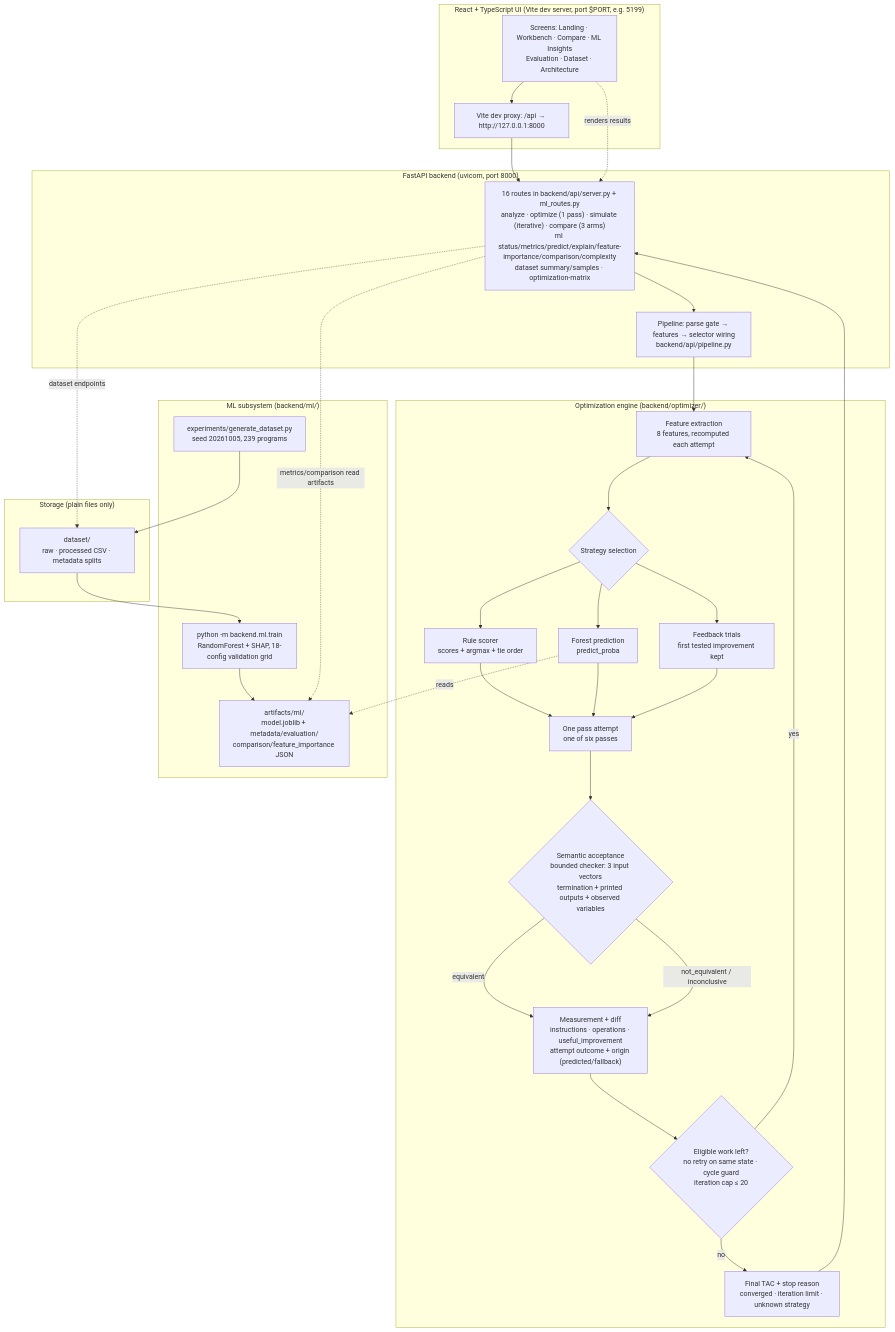
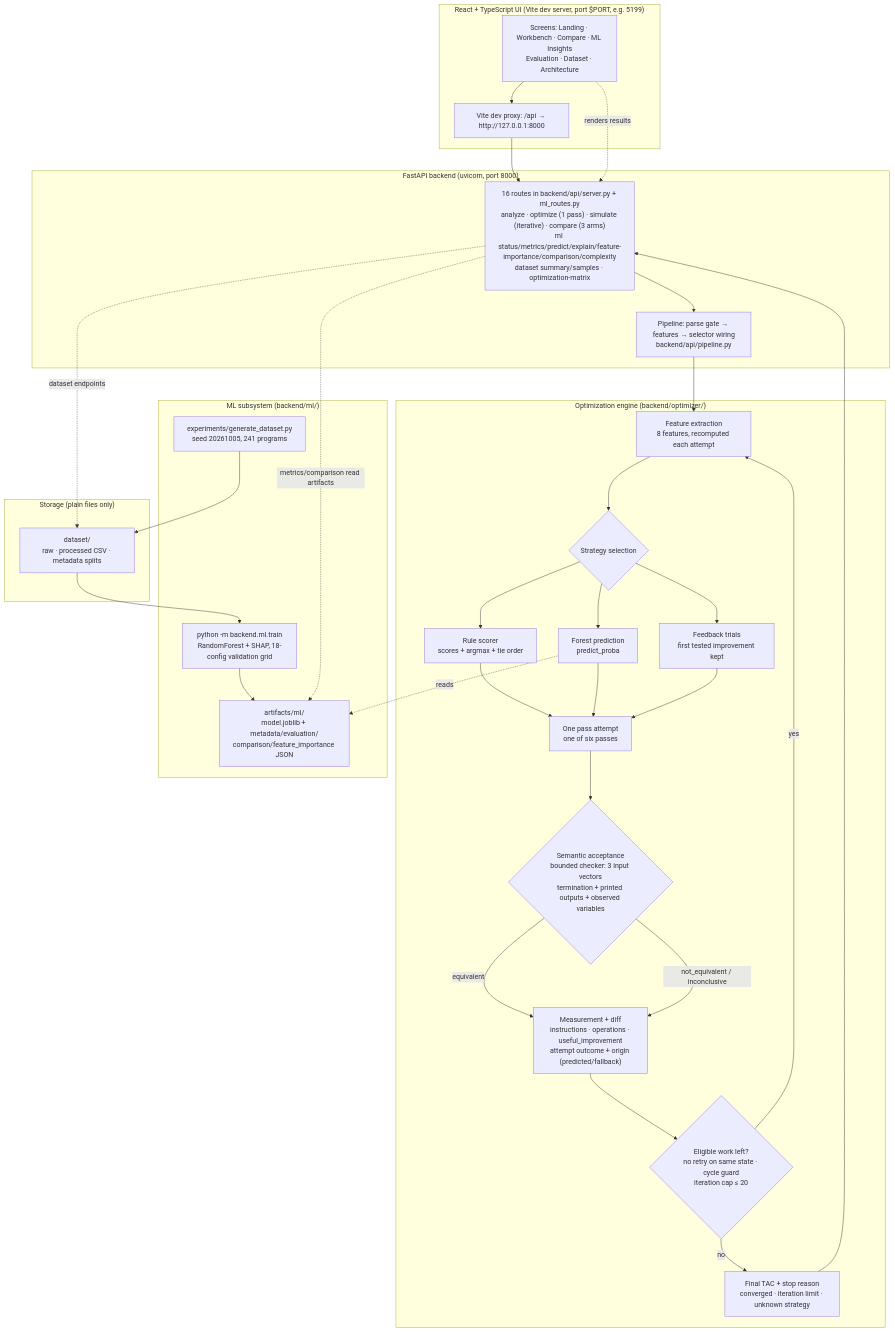
One commit to yush08/Compiler_Intelligence_System changed the diagram in README.md. Above: the diagram before and after it, drawn with Mermaid. The commit also changed other lines of this file, not shown here.

````diff
--- a/README.md
+++ b/README.md
@@ -286,61 +286,61 @@
 ```mermaid
 flowchart TD
     subgraph FRONTEND["React + TypeScript UI (Vite dev server, port $PORT, e.g. 5199)"]
         UI["Screens: Landing · Workbench · Compare · ML Insights<br/>Evaluation · Dataset · Architecture"]
         PROXY["Vite dev proxy: /api → http://127.0.0.1:8000"]
     end
 
     subgraph API["FastAPI backend (uvicorn, port 8000)"]
         ROUTES["16 routes in backend/api/server.py + ml_routes.py<br/>analyze · optimize (1 pass) · simulate (iterative) · compare (3 arms)<br/>ml status/metrics/predict/explain/feature-importance/comparison/complexity<br/>dataset summary/samples · optimization-matrix"]
         PIPE["Pipeline: parse gate → features → selector wiring<br/>backend/api/pipeline.py"]
     end
 
     subgraph ENGINE["Optimization engine (backend/optimizer/)"]
         FEAT["Feature extraction<br/>8 features, recomputed each attempt"]
         SELECT{"Strategy selection"}
         RULE["Rule scorer<br/>scores + argmax + tie order"]
         MLSEL["Forest prediction<br/>predict_proba"]
         FEEDSEL["Feedback trials<br/>first tested improvement kept"]
         PASS["One pass attempt<br/>one of six passes"]
         CHECK{"Semantic acceptance<br/>bounded checker: 3 input vectors<br/>termination + printed outputs + observed variables"}
         MEASURE["Measurement + diff<br/>instructions · operations · useful_improvement<br/>attempt outcome + origin (predicted/fallback)"]
         LOOP{"Eligible work left?<br/>no retry on same state · cycle guard<br/>iteration cap ≤ 20"}
         RESULT["Final TAC + stop reason<br/>converged · iteration limit · unknown strategy"]
         FEAT --> SELECT
         SELECT --> RULE
         SELECT --> MLSEL
         SELECT --> FEEDSEL
         RULE --> PASS
         MLSEL --> PASS
         FEEDSEL --> PASS
         PASS --> CHECK
         CHECK -->|equivalent| MEASURE
         CHECK -->|"not_equivalent / inconclusive"| MEASURE
         MEASURE --> LOOP
         LOOP -->|yes| FEAT
         LOOP -->|no| RESULT
     end
 
     subgraph ML["ML subsystem (backend/ml/)"]
-        GEN["experiments/generate_dataset.py<br/>seed 20261005, 239 programs"]
+        GEN["experiments/generate_dataset.py<br/>seed 20261005, 241 programs"]
         TRAIN["python -m backend.ml.train<br/>RandomForest + SHAP, 18-config validation grid"]
         ART["artifacts/ml/<br/>model.joblib + metadata/evaluation/<br/>comparison/feature_importance JSON"]
     end
 
     subgraph STORAGE["Storage (plain files only)"]
         DS["dataset/<br/>raw · processed CSV · metadata splits"]
     end
 
     UI --> PROXY
     PROXY --> ROUTES
     ROUTES --> PIPE
     PIPE --> FEAT
     RESULT --> ROUTES
     MLSEL -.->|"reads"| ART
     GEN --> DS
     DS --> TRAIN
     TRAIN --> ART
     ROUTES -.->|"dataset endpoints"| DS
     ROUTES -.->|"metrics/comparison read artifacts"| ART
     UI -.->|"renders results"| ROUTES
 ```
````
